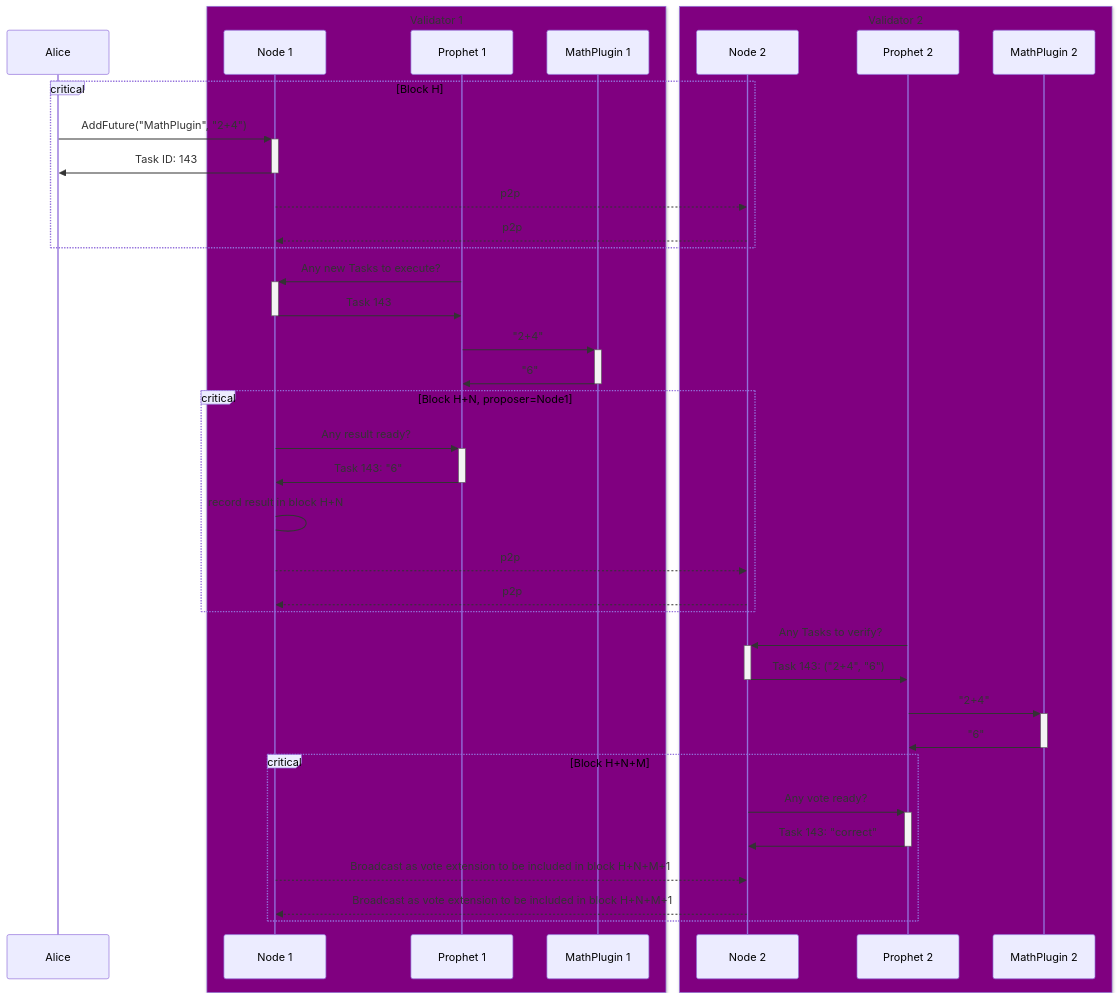
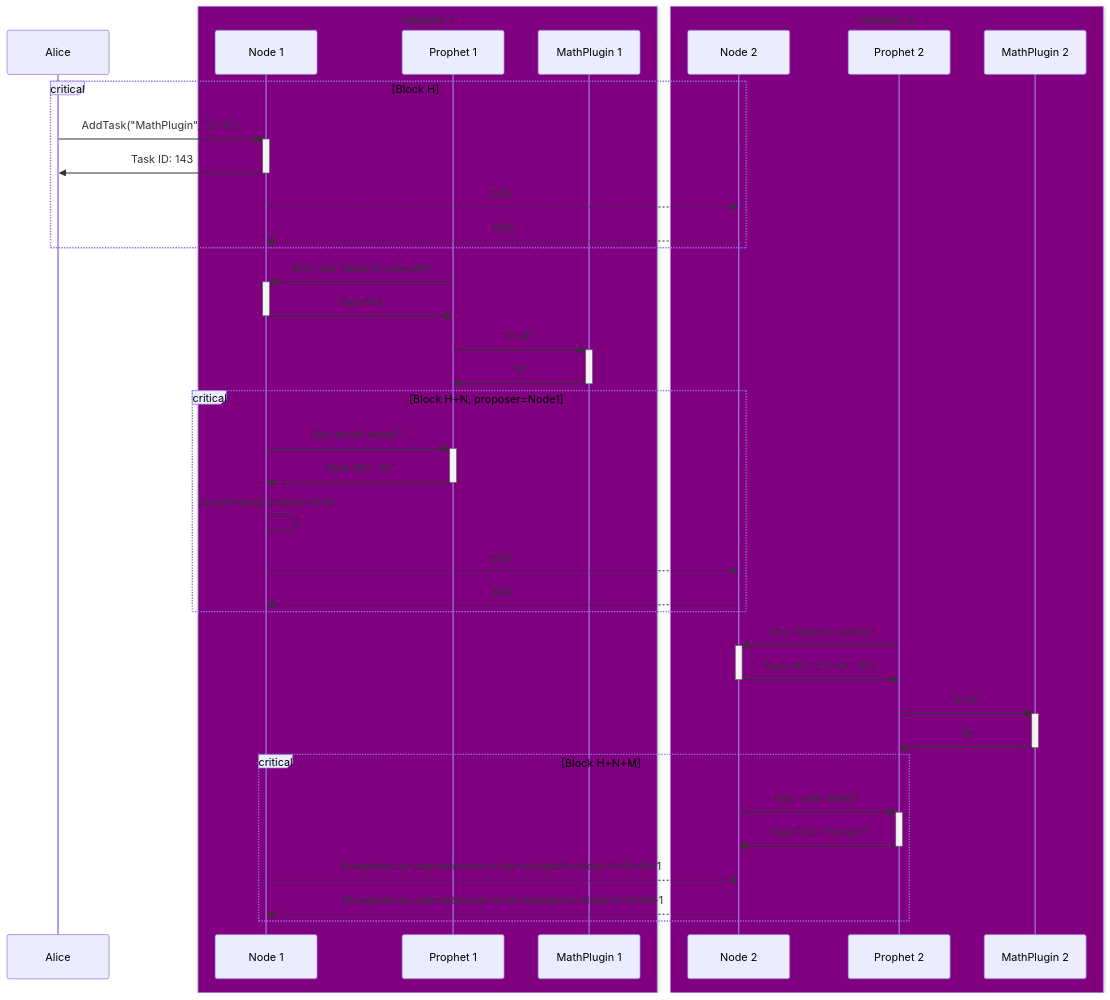
One commit to warden-protocol/wardenprotocol changed the diagram in docs/developer-docs/docs/learn/warden-protocol-modules/x-async.md. Above: the diagram before and after it, drawn with Mermaid. The commit also changed other lines of this file, not shown here.

Commit message:
a minor fix in the x/async article

````diff
--- a/docs/developer-docs/docs/learn/warden-protocol-modules/x-async.md
+++ b/docs/developer-docs/docs/learn/warden-protocol-modules/x-async.md
@@ -145,48 +145,48 @@
 ```mermaid
 sequenceDiagram
     participant Alice
     box Purple Validator 1
         participant Node 1
         participant Prophet 1
         participant MathPlugin 1
     end
     box Purple Validator 2
         participant Node 2
         participant Prophet 2
         participant MathPlugin 2
     end
 
 
     critical Block H
-        Alice->>+Node 1: AddFuture("MathPlugin", "2+4")
+        Alice->>+Node 1: AddTask("MathPlugin", "2+4")
       Node 1->>-Alice: Task ID: 143
       Node 1-->>Node 2: p2p
       Node 2-->>Node 1: p2p
     end
     
     
     Prophet 1->>+Node 1: Any new Tasks to execute?
     Node 1->>-Prophet 1: Task 143
     Prophet 1->>+MathPlugin 1: "2+4"
     MathPlugin 1->>-Prophet 1: "6"
     
         critical Block H+N, proposer=Node1
           Node 1->>+Prophet 1: Any result ready?
           Prophet 1->>-Node 1: Task 143: "6"
           Node 1->Node 1: record result in block H+N
           Node 1-->>Node 2: p2p
           Node 2-->>Node 1: p2p
         end
 
     Prophet 2->>+Node 2: Any Tasks to verify?
     Node 2->>-Prophet 2: Task 143: ("2+4", "6")
     Prophet 2->>+MathPlugin 2: "2+4"
     MathPlugin 2->>-Prophet 2: "6"
 
         critical Block H+N+M
           Node 2->>+Prophet 2: Any vote ready?
           Prophet 2->>-Node 2: Task 143: "correct"
           Node 1-->>Node 2: Broadcast as vote extension to be included in block H+N+M+1
           Node 2-->>Node 1: Broadcast as vote extension to be included in block H+N+M+1
         end
 ```
````
